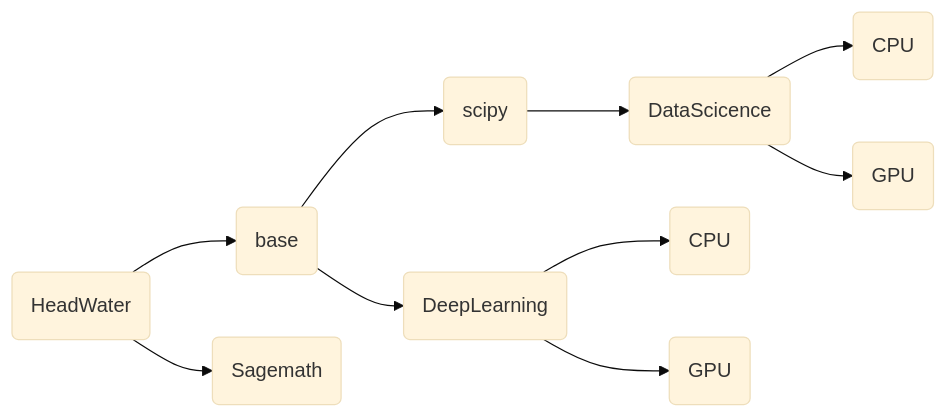
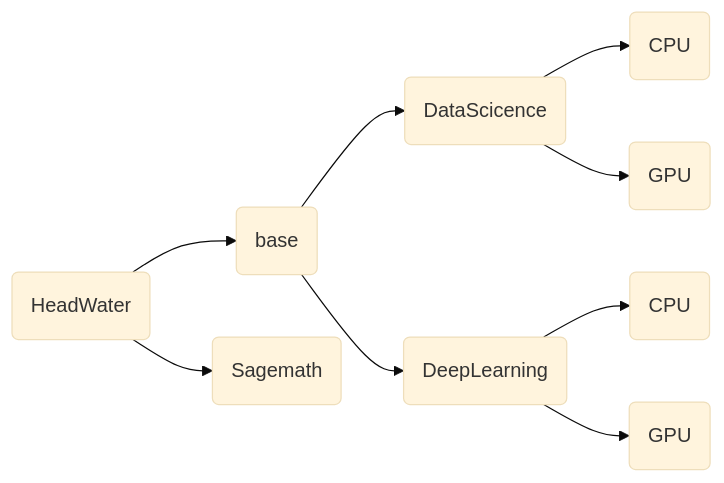
One commit to ben0i0d/jupyter-image-stacks changed the diagram in README.md. Above: the diagram before and after it, drawn with Mermaid (base theme). The commit also changed 5 other files, not shown here.

````diff
--- a/README.md
+++ b/README.md
@@ -10,12 +10,11 @@
 ```mermaid
 	graph LR
 	A(HeadWater)-->B(base)
-	B-->J(scipy)
-	J-->C(DataScicence)
+	B-->C(DataScicence)
 	C-->E(CPU)
 	C-->F(GPU)
     B-->D(DeepLearning)
 	D-->G(CPU)
 	D-->H(GPU)	
     A-->I(Sagemath)
 ```
````
